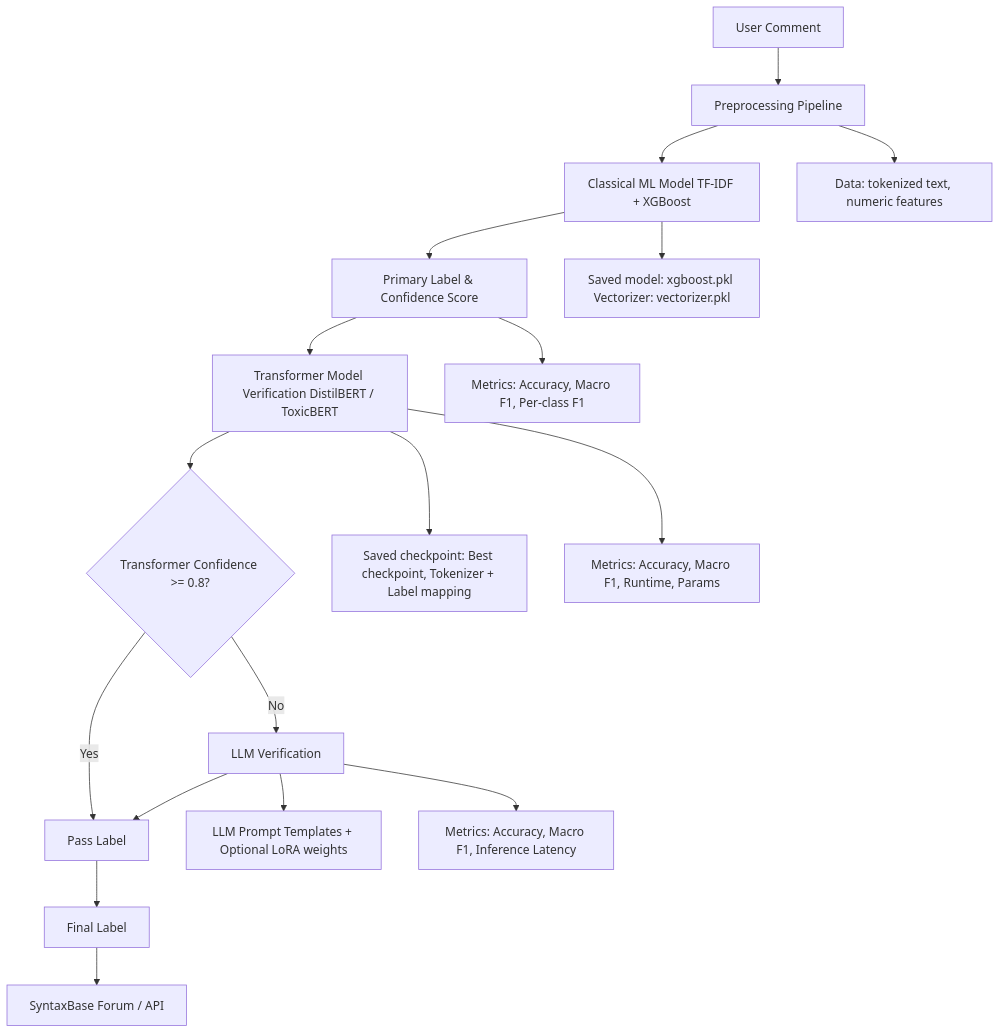
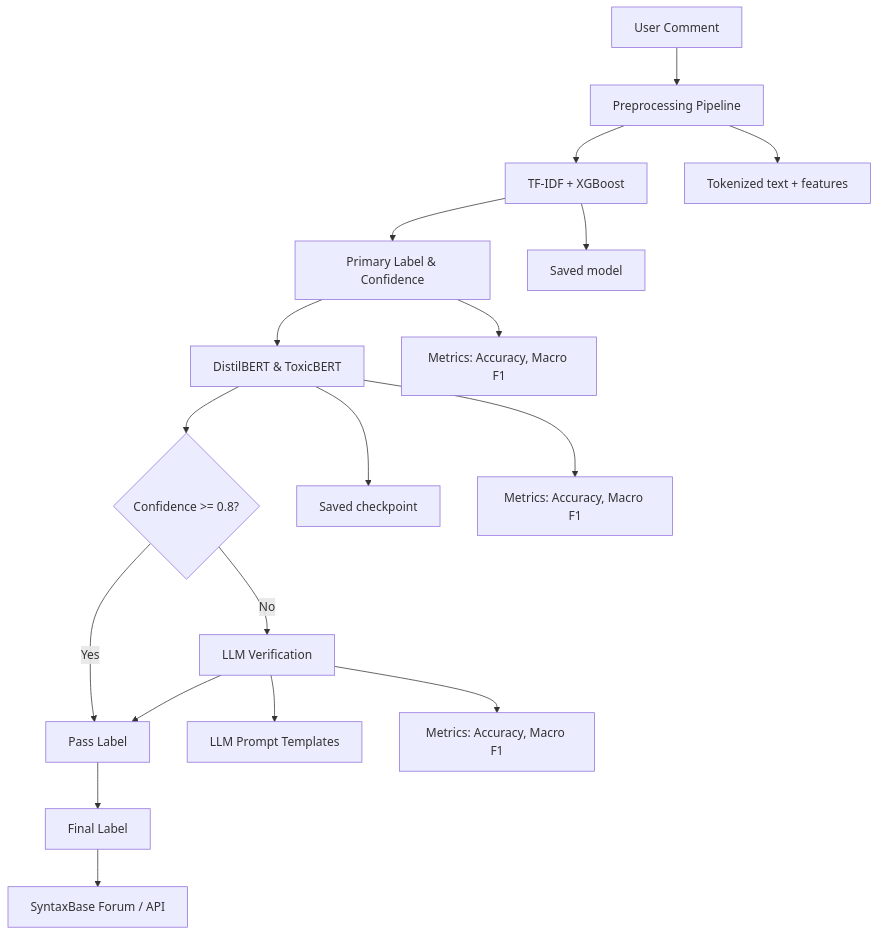
The first of 5 diagrams in docs/architecture.md (ismiljanic/SyntaxBase-moderation-microservice), drawn with Mermaid before and after one commit. The commit also changed other lines of this file and 2 other files, not shown here.

Commit message:
Update docs and README.md

````diff
--- a/docs/architecture.md
+++ b/docs/architecture.md
@@ -31,35 +31,35 @@
 ```mermaid
 flowchart TD
     %% User Input
     A[User Comment] --> B[Preprocessing Pipeline]
-    B --> C[Classical ML Model TF-IDF + XGBoost]
+    B --> C[TF-IDF + XGBoost]
     
     %% Classical Output
-    C --> D[Primary Label & Confidence Score]
+    C --> D[Primary Label & Confidence]
     
     %% Transformer Verification
-    D --> E[Transformer Model Verification DistilBERT / ToxicBERT]
-    E --> F{Transformer Confidence >= 0.8?}
+    D --> E[DistilBERT & ToxicBERT]
+    E --> F{Confidence >= 0.8?}
     
     %% Decision Path
     F -->|Yes| G[Pass Label]
     F -->|No| H[LLM Verification]
     
     %% Final Output
     H --> G
     G --> I[Final Label]
     I --> J[SyntaxBase Forum / API]
 
     %% Artifacts & Metrics
     class B,C,E,H artifacts;
 
-    B:::artifacts --> K[Data: tokenized text, numeric features]
-    C:::artifacts --> L[Saved model: xgboost.pkl Vectorizer: vectorizer.pkl]
-    E:::artifacts --> M[Saved checkpoint: Best checkpoint, Tokenizer + Label mapping]
-    H:::artifacts --> N[LLM Prompt Templates + Optional LoRA weights]
+    B:::artifacts --> K[Tokenized text + features]
+    C:::artifacts --> L[Saved model]
+    E:::artifacts --> M[Saved checkpoint]
+    H:::artifacts --> N[LLM Prompt Templates]
 
     %% Metrics
-    D --> O[Metrics: Accuracy, Macro F1, Per-class F1]
-    E --> P[Metrics: Accuracy, Macro F1, Runtime, Params]
-    H --> Q[Metrics: Accuracy, Macro F1, Inference Latency]
+    D --> O[Metrics: Accuracy, Macro F1]
+    E --> P[Metrics: Accuracy, Macro F1]
+    H --> Q[Metrics: Accuracy, Macro F1]
 ```
````
